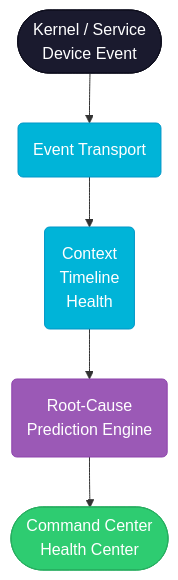
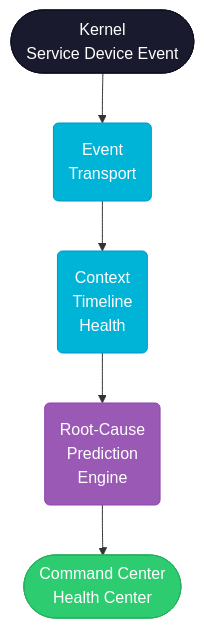
One commit to abalmalvez-lab/AntOS changed the second of 3 diagrams in AntOS-Technical-Documentation-A-Architecture.md. Above: the diagram before and after it, drawn with Mermaid. The commit also changed other lines of this file, not shown here.

Commit message:
docs: aggressively narrow mermaid labels (<=14 chars/line) for GitHub viewport

````diff
--- a/AntOS-Technical-Documentation-A-Architecture.md
+++ b/AntOS-Technical-Documentation-A-Architecture.md
@@ -106,17 +106,17 @@
 ```mermaid
 %%{init: {"flowchart": {"useMaxWidth": true}}}%%
 flowchart TD
     classDef terminal fill:#1a1a2e,stroke:#0f0f1e,color:#fff
     classDef process fill:#00b4d8,stroke:#0096c7,color:#fff
     classDef engine fill:#9b59b6,stroke:#8e44ad,color:#fff
     classDef ui fill:#2ecc71,stroke:#27ae60,color:#fff
 
-    evt([Kernel / Service<br/>Device Event]) --> transport(Event Transport)
+    evt([Kernel<br/>Service Device Event]) --> transport(Event<br/>Transport)
     transport --> ctx(Context<br/>Timeline<br/>Health)
-    ctx --> rca(Root-Cause<br/>Prediction Engine)
+    ctx --> rca(Root-Cause<br/>Prediction<br/>Engine)
     rca --> cc([Command Center<br/>Health Center])
     class evt terminal
     class transport,ctx process
     class rca engine
     class cc ui
 ```
````
